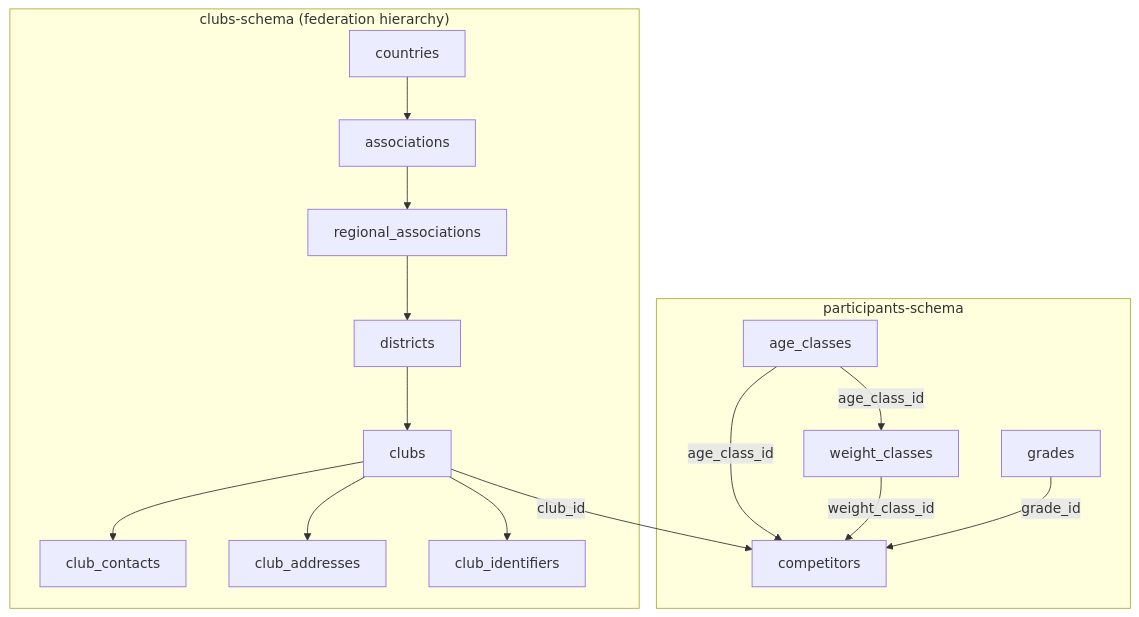
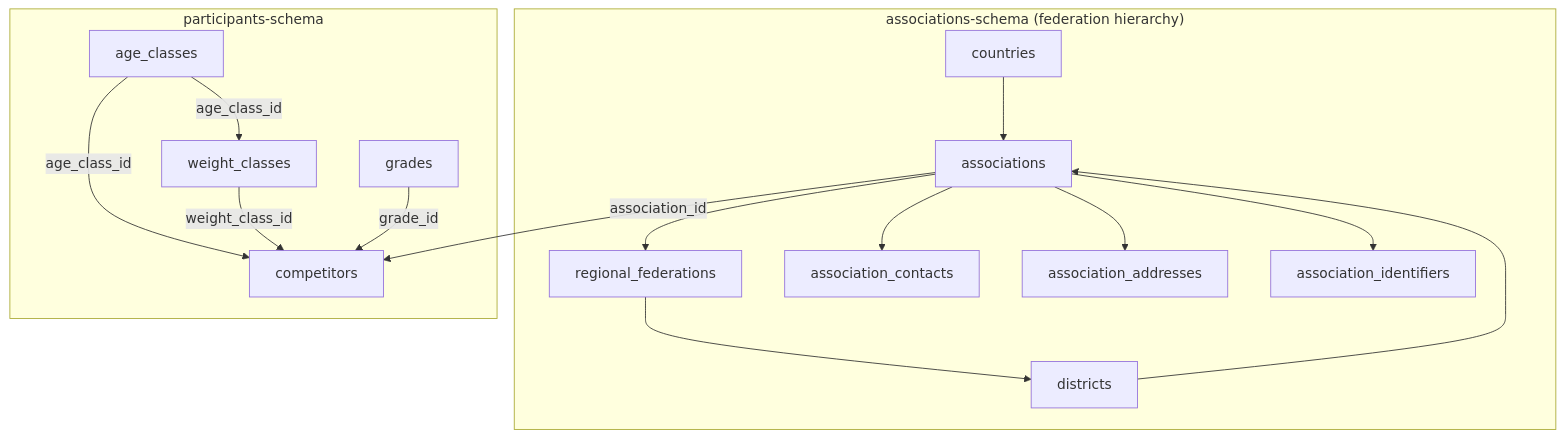
Before and after one commit to AK2083/DojoSphere: the second of 3 diagrams in docs/database/participants-schema.md, drawn with Mermaid. The commit also changed other lines of this file and 171 other files, not shown here.

````diff
--- a/docs/database/participants-schema.md
+++ b/docs/database/participants-schema.md
@@ -85,19 +85,19 @@
 ```mermaid
 flowchart TB
-  subgraph clubs_schema["clubs-schema (federation hierarchy)"]
+  subgraph associations_schema["associations-schema (federation hierarchy)"]
     countries --> associations
-    associations --> regional_associations
-    regional_associations --> districts
-    districts --> clubs
-    clubs --> club_contacts
-    clubs --> club_addresses
-    clubs --> club_identifiers
+    associations --> regional_federations
+    regional_federations --> districts
+    districts --> associations
+    associations --> association_contacts
+    associations --> association_addresses
+    associations --> association_identifiers
   end
   subgraph participants_schema["participants-schema"]
-    clubs -->|club_id| competitors
+    associations -->|association_id| competitors
     age_classes -->|age_class_id| competitors
     weight_classes -->|weight_class_id| competitors
     grades -->|grade_id| competitors
     age_classes -->|age_class_id| weight_classes
   end
 ```
````
